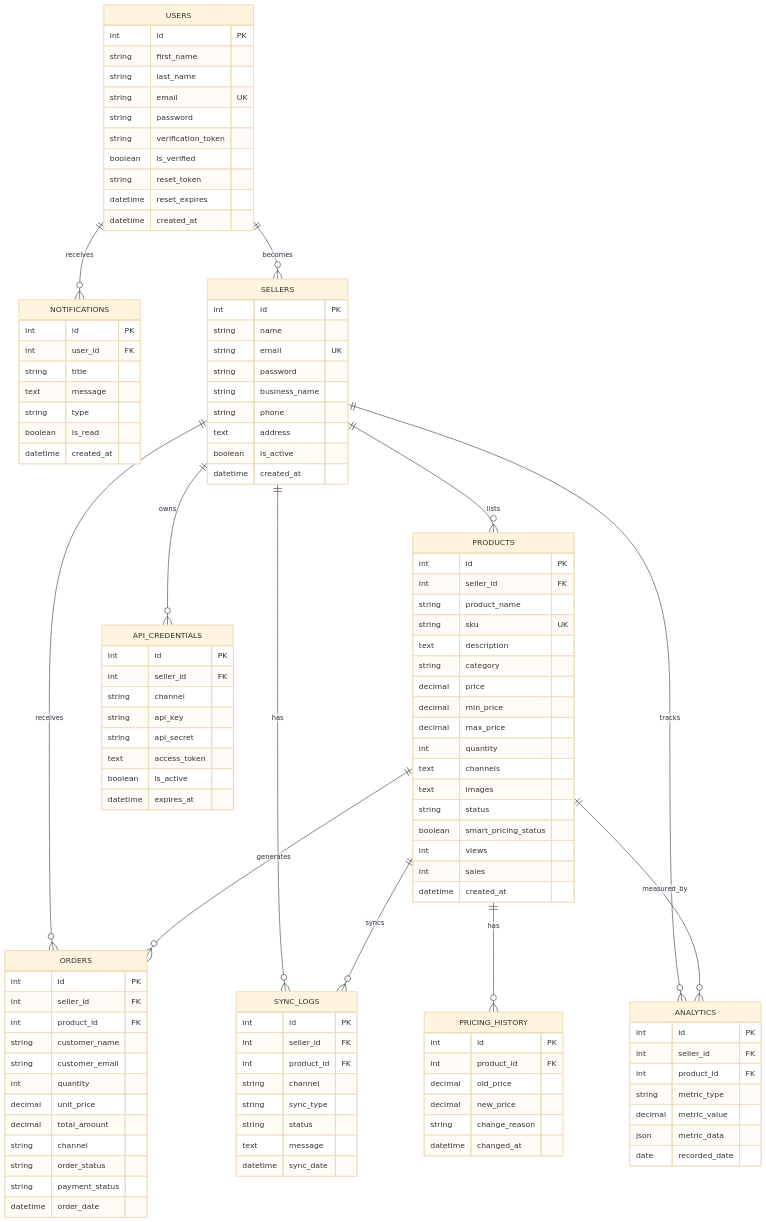
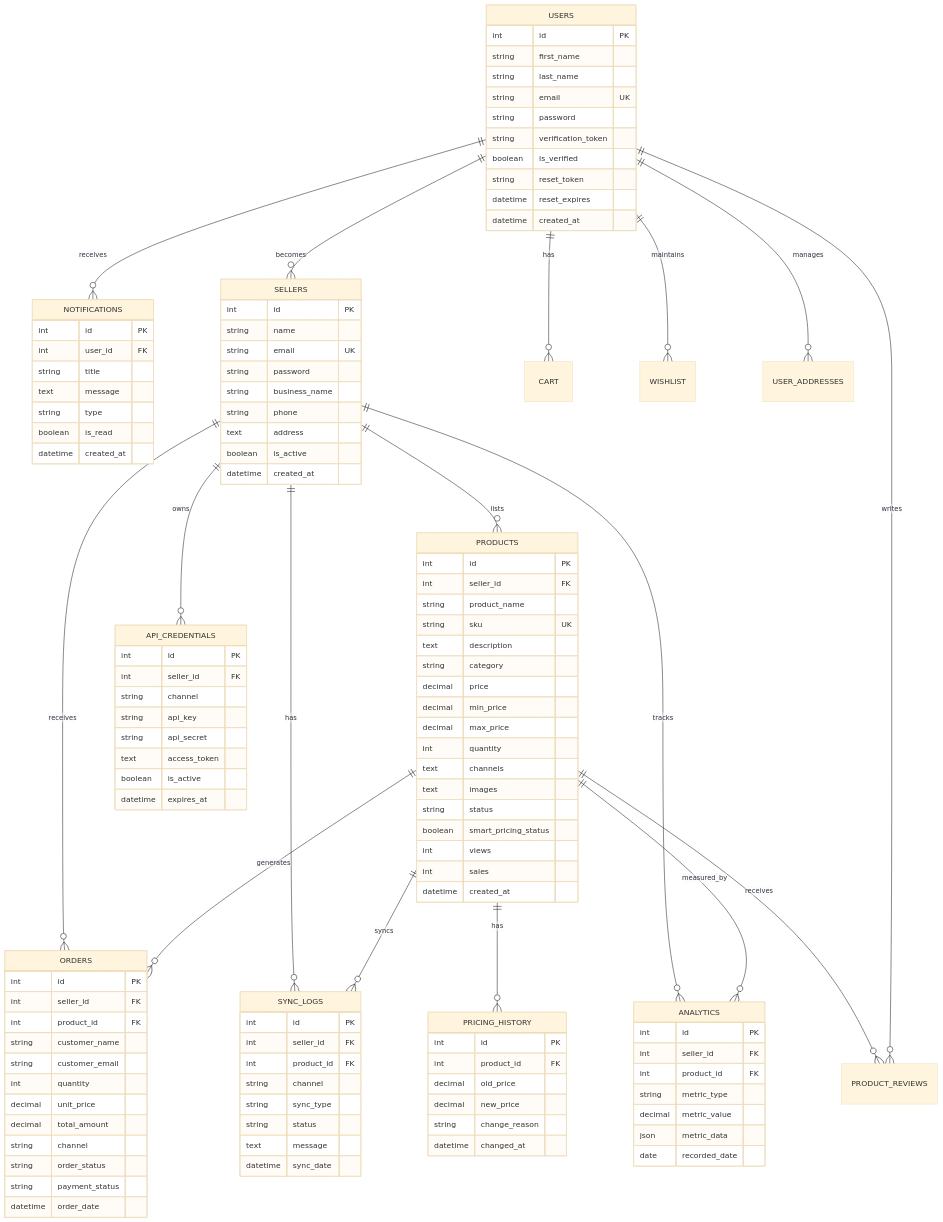
One commit to M051NMJ05EPH/WALKON changed the diagram in DATABASE_SCHEMA.md. Above: the diagram before and after it, drawn with Mermaid (base theme). The commit also changed other lines of this file and 132 other files, not shown here.

```diff
--- a/DATABASE_SCHEMA.md
+++ b/DATABASE_SCHEMA.md
@@ -15,6 +15,11 @@
     PRODUCTS ||--o{ SYNC_LOGS : syncs
     PRODUCTS ||--o{ PRICING_HISTORY : has
     PRODUCTS ||--o{ ANALYTICS : measured_by
+    PRODUCTS ||--o{ PRODUCT_REVIEWS : receives
+    USERS ||--o{ CART : has
+    USERS ||--o{ WISHLIST : maintains
+    USERS ||--o{ USER_ADDRESSES : manages
+    USERS ||--o{ PRODUCT_REVIEWS : writes
 
     USERS {
         int id PK
```
